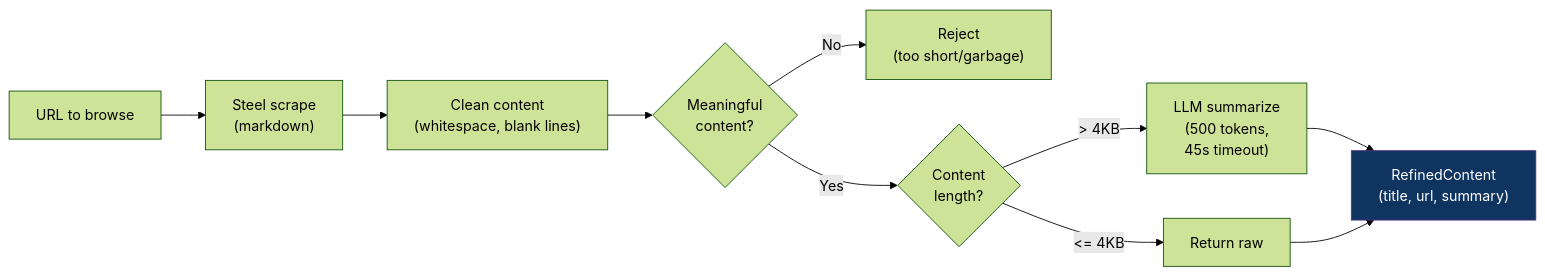
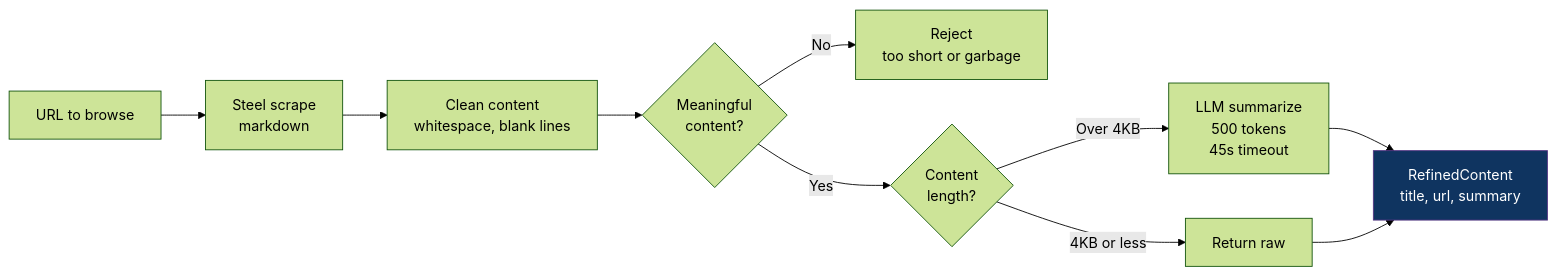
One commit to steel-experiments/durable-researcher changed the sixth of 11 diagrams in ARCHITECTURE.md. Above: the diagram before and after it, drawn with Mermaid (forest theme). The commit also changed other lines of this file, not shown here.

First line of the commit message:
fix: repair Mermaid parse errors in ARCHITECTURE.md

````diff
--- a/ARCHITECTURE.md
+++ b/ARCHITECTURE.md
@@ -252,14 +266,14 @@
 ```mermaid
 flowchart LR
-    URL["URL to browse"] --> STEEL["Steel scrape<br/>(markdown)"]
-    STEEL --> CLEAN["Clean content<br/>(whitespace, blank lines)"]
+    URL["URL to browse"] --> STEEL_NODE["Steel scrape<br/>markdown"]
+    STEEL_NODE --> CLEAN["Clean content<br/>whitespace, blank lines"]
     CLEAN --> VALID{"Meaningful<br/>content?"}
-    VALID -->|"No"| REJECT["Reject<br/>(too short/garbage)"]
+    VALID -->|"No"| REJECT["Reject<br/>too short or garbage"]
     VALID -->|"Yes"| SIZE{"Content<br/>length?"}
-    SIZE -->|"<= 4KB"| RAW["Return raw"]
-    SIZE -->|"> 4KB"| LLM_SUMM["LLM summarize<br/>(500 tokens,<br/>45s timeout)"]
-    LLM_SUMM --> RESULT["RefinedContent<br/>(title, url, summary)"]
+    SIZE -->|"4KB or less"| RAW["Return raw"]
+    SIZE -->|"Over 4KB"| LLM_SUMM["LLM summarize<br/>500 tokens<br/>45s timeout"]
+    LLM_SUMM --> RESULT["RefinedContent<br/>title, url, summary"]
     RAW --> RESULT
 
     style RESULT fill:#0f3460,stroke:#533483,color:#fff
 ```
````
